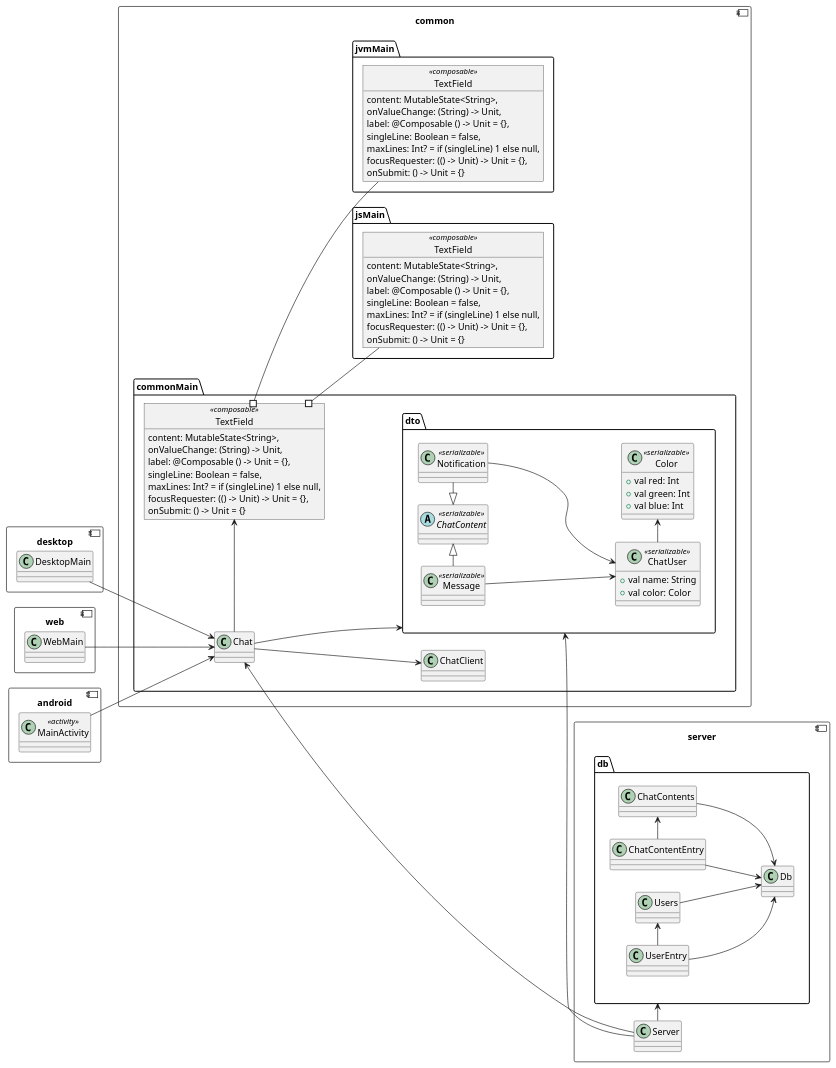
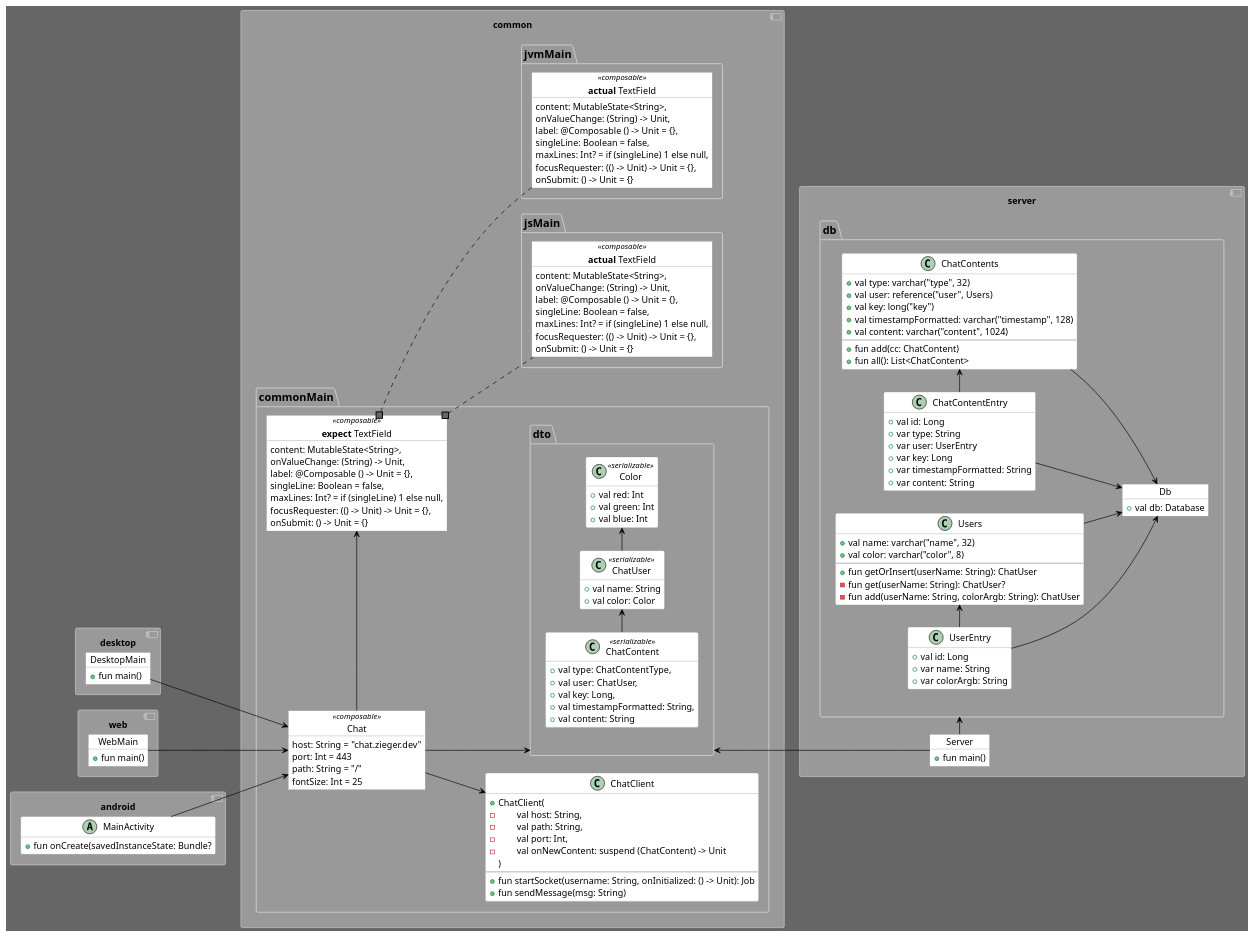
The diagram in doc/puml/Classes.puml (SaschaZ/KotlinMpChatDemo), drawn with PlantUML before and after one commit. The commit also changed 4 other files, not shown here.

```diff
--- a/doc/puml/Classes.puml
+++ b/doc/puml/Classes.puml
@@ -3,11 +3,80 @@
 
 left to right direction
 
+skinparam backgroundColor #666
+skinparam arrowColor #000
+skinparam packageFontColor #000
+skinparam packageFontSize 17
+skinparam packageBorderColor #CCC
+skinparam packageBackgroundColor #999
+skinparam classBackgroundColor #FFF
+skinparam classBorderColor #888
+skinparam objectBackgroundColor #FFF
+skinparam objectBorderColor #888
+skinparam titleFontSize 35
+skinparam titleFontStyle bold
+
+skinparam stereotypeC<<data>> {
+  BackgroundColor #0AF
+}
+skinparam spotChar<<data>> D
+hide class <<data>> stereotype
+
+skinparam stereotypeC<<activity>> {
+  BackgroundColor #F0A
+}
+skinparam spotChar<<activity>> A
+hide class <<activity>> stereotype
+
+skinparam stereotypeC<<fragment>> {
+  BackgroundColor #0F8
+}
+skinparam spotChar<<fragment>> F
+hide class <<fragment>> stereotype
+
+skinparam stereotypeC<<view>> {
+  BackgroundColor #F4F
+}
+skinparam spotChar<<view>> V
+hide class <<view>> stereotype
+
+skinparam stereotypeC<<viewmodel>> {
+  BackgroundColor #FF0
+}
+skinparam spotChar<<viewmodel>> M
+hide class <<viewmodel>> stereotype
+
+skinparam stereotypeC<<repository>> {
+  BackgroundColor #FA3
+}
+skinparam spotChar<<repository>> R
+hide class <<repository>> stereotype
+
+skinparam stereotypeC<<sealed>> {
+  BackgroundColor #3B9
+}
+skinparam spotChar<<sealed>> S
+hide class <<sealed>> stereotype
+
+skinparam stereotypeC<<object>> {
+  BackgroundColor #FF0
+}
+skinparam spotChar<<object>> O
+hide class <<object>> stereotype
+
+skinparam stereotypeC<<enumeration>> {
+  BackgroundColor #090
+}
+skinparam spotChar<<enumeration>> E
+hide class <<enumeration>> stereotype
+
+hide empty members
+
 component common {
 
 together {
     package jvmMain {
-        object "TextField" as JvmTextField <<composable>> {
+        object "**actual** TextField" as JvmTextField <<composable>> {
             content: MutableState<String>,
             onValueChange: (String) -> Unit,
             label: @Composable () -> Unit = {},
@@ -18,7 +87,7 @@
         }
     }
     package jsMain {
-        object "TextField" as JsTextField <<composable>> {
+        object "**actual** TextField" as JsTextField <<composable>> {
             content: MutableState<String>,
             onValueChange: (String) -> Unit,
             label: @Composable () -> Unit = {},
@@ -31,17 +100,28 @@
 }
     package commonMain {
 
-        class Chat {
-
+        object Chat <<composable>> {
+            host: String = "chat.zieger.dev"
+            port: Int = 443
+            path: String = "/"
+            fontSize: Int = 25
         }
 
         class ChatClient {
-
+            +ChatClient(
+            {field} -\tval host: String,
+            {field} -\tval path: String,
+            {field} -\tval port: Int,
+            {field} -\tval onNewContent: suspend (ChatContent) -> Unit
+            )
+            ---
+            +fun startSocket(username: String, onInitialized: () -> Unit): Job
+            +fun sendMessage(msg: String)
         }
 
         Chat --> ChatClient
 
-        object "TextField" as CommonTextField <<composable>> {
+        object "**expect** TextField" as CommonTextField <<composable>> {
             content: MutableState<String>,
             onValueChange: (String) -> Unit,
             label: @Composable () -> Unit = {},
@@ -52,11 +132,13 @@
         }
 
         package dto {
-            abstract class ChatContent <<serializable>>
-            class Message <<serializable>>
-            class Notification <<serializable>>
-            Message -|> ChatContent
-            ChatContent <|- Notification
+            class ChatContent <<serializable>> {
+                +val type: ChatContentType,
+                +val user: ChatUser,
+                +val key: Long,
+                +val timestampFormatted: String,
+                +val content: String
+            }
             class ChatUser <<serializable>> {
                 +val name: String
                 +val color: Color
@@ -67,48 +149,87 @@
                 +val blue: Int
             }
             ChatUser -> Color
-            Message --> ChatUser
-            Notification --> ChatUser
+            ChatContent -> ChatUser
         }
 
         Chat --> dto
         Chat -> CommonTextField
     }
 
-    CommonTextField #-- JvmTextField
-    CommonTextField #-- JsTextField
+    JvmTextField ..# CommonTextField
+    CommonTextField #.. JsTextField
 }
 
-component desktop {
-    class DesktopMain
+component [desktop] {
+    object DesktopMain {
+        +fun main()
+    }
     DesktopMain --> Chat
 }
 
 component server {
-    class Server
+    object Server {
+        +fun main()
+    }
 
     package db {
-        class Db
+        object Db {
+            +val db: Database
+        }
+        class ChatContents {
+            +val type: varchar("type", 32)
+            +val user: reference("user", Users)
+            +val key: long("key")
+            +val timestampFormatted: varchar("timestamp", 128)
+            +val content: varchar("content", 1024)
+            ---
+            +fun add(cc: ChatContent)
+            +fun all(): List<ChatContent>
+        }
         ChatContents --> Db
+        class ChatContentEntry {
+            +val id: Long
+            +var type: String
+            +var user: UserEntry
+            +var key: Long
+            +var timestampFormatted: String
+            +var content: String
+        }
         ChatContentEntry --> Db
         ChatContentEntry -> ChatContents
+        class Users {
+            +val name: varchar("name", 32)
+            +val color: varchar("color", 8)
+            ---
+            +fun getOrInsert(userName: String): ChatUser
+            -fun get(userName: String): ChatUser?
+            -fun add(userName: String, colorArgb: String): ChatUser
+        }
         Users --> Db
+        class UserEntry {
+            +val id: Long
+            +var name: String
+            +var colorArgb: String
+        }
         UserEntry --> Db
         UserEntry -> Users
     }
 
     Server -> db
     dto <-- Server
-    Chat <-- Server
 }
 
 component web {
-    class WebMain
+    object WebMain {
+        +fun main()
+    }
     WebMain --> Chat
 }
 
 component android {
-    class MainActivity <<activity>>
+    class MainActivity <<activity>> {
+        +fun onCreate(savedInstanceState: Bundle?
+    }
     MainActivity --> Chat
 }
 
```
